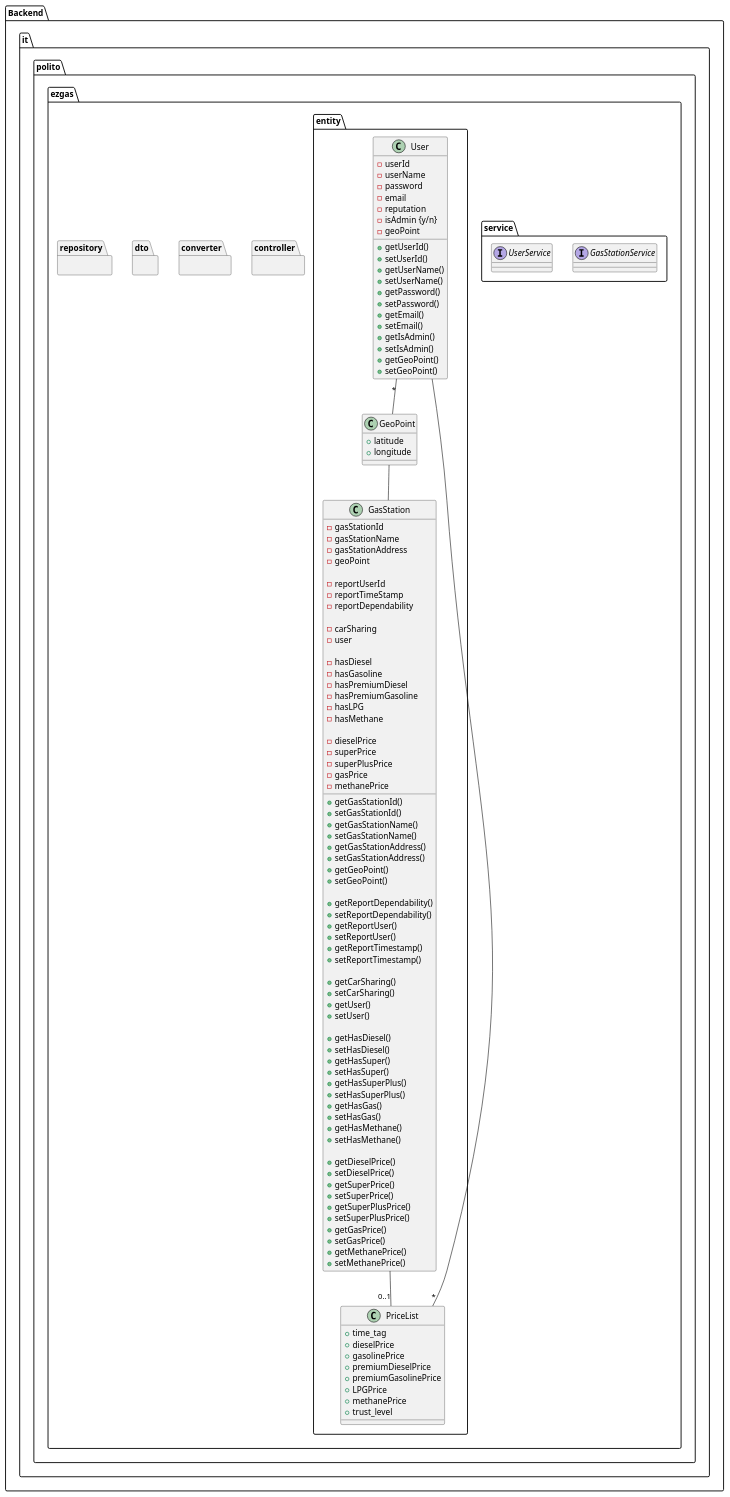
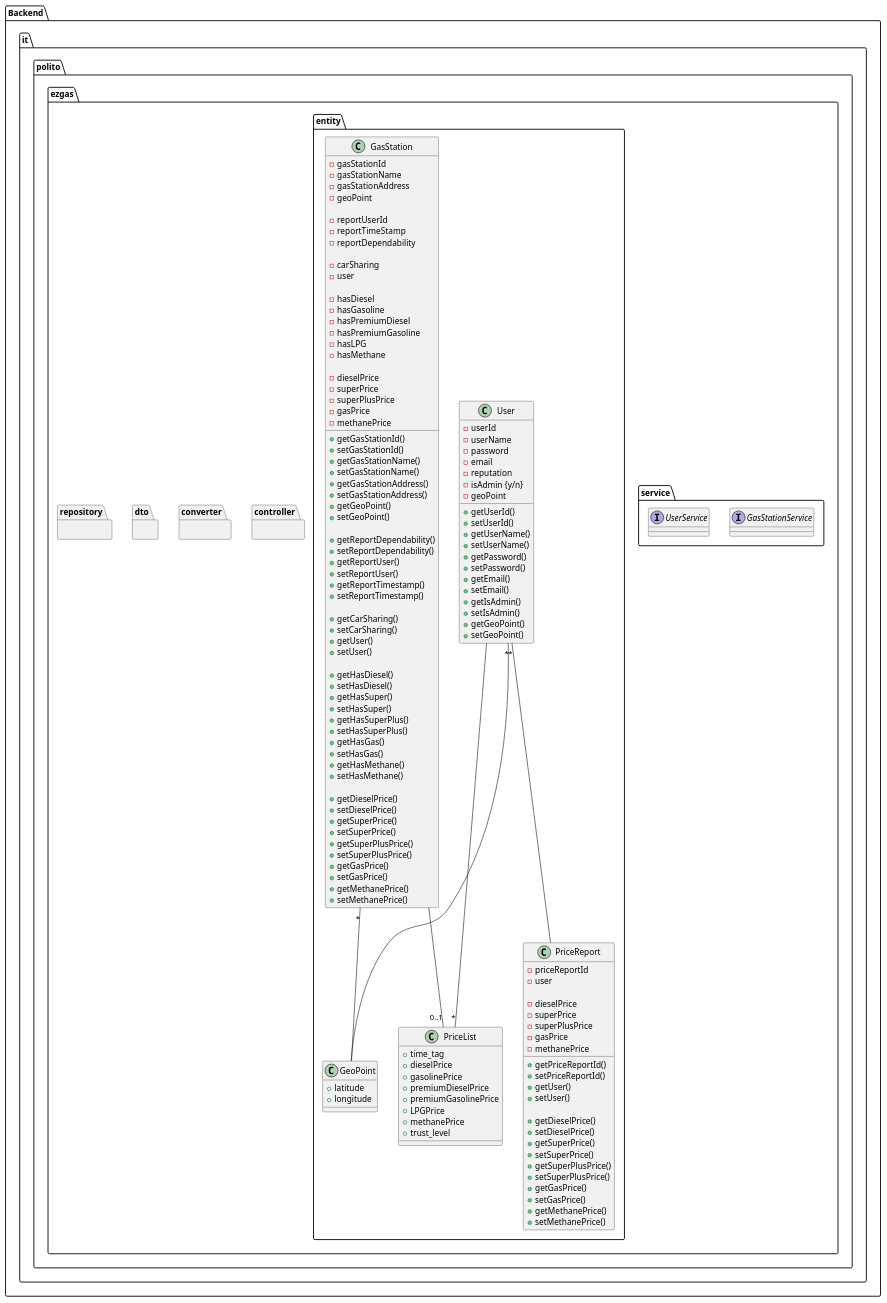
Before and after one commit to e-caste/SoftEng-EZGas: the fourth of 4 diagrams in docs/DesignDocument.md, drawn with PlantUML.

Commit message:
add PriceReport class

```diff
--- a/docs/DesignDocument.md
+++ b/docs/DesignDocument.md
@@ -340,6 +340,32 @@
          + longitude
         }
         
+        class PriceReport {
+         - priceReportId
+         - user
+         
+         - dieselPrice
+         - superPrice
+         - superPlusPrice
+         - gasPrice
+         - methanePrice
+            + getPriceReportId()
+            + setPriceReportId()
+            + getUser()
+            + setUser()
+
+            + getDieselPrice()
+            + setDieselPrice()
+            + getSuperPrice()
+            + setSuperPrice()
+            + getSuperPlusPrice()
+            + setSuperPlusPrice()
+            + getGasPrice()
+            + setGasPrice()
+            + getMethanePrice()
+            + setMethanePrice()
+        }
+
         class PriceList {
          + time_tag
          + dieselPrice
@@ -354,7 +380,8 @@
         GasStation  -- "0..1" PriceList
         User -- "*" PriceList
         User "*" -- GeoPoint
-        GeoPoint -- GasStation
+        GasStation "*" -- GeoPoint
+        User "*" -- PriceReport
     }
     
     package "it.polito.ezgas.repository" {
```
